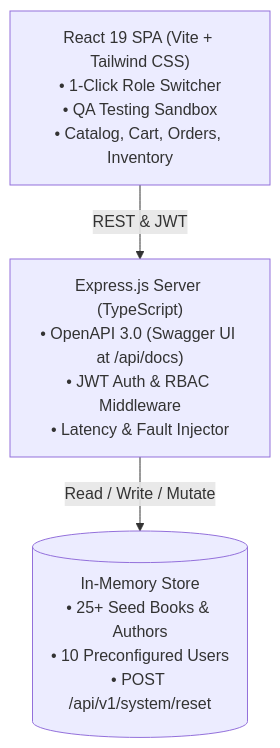
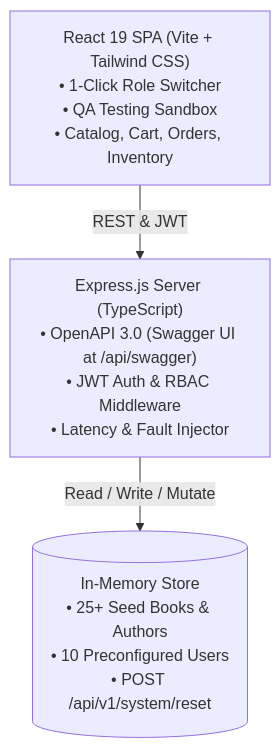
The diagram in README.md (itfreesource-academy/itfreesource-academy-book-store), drawn with Mermaid before and after one commit. The commit also changed other lines of this file and 3 other files, not shown here.

Commit message:
refactor(swagger): unify Swagger under /api/swagger with .json and .html options, redirect /api/docs

````diff
--- a/README.md
+++ b/README.md
@@ -21,9 +21,9 @@
 ```mermaid
 graph TD
     Client["React 19 SPA (Vite + Tailwind CSS)<br/>• 1-Click Role Switcher<br/>• QA Testing Sandbox<br/>• Catalog, Cart, Orders, Inventory"]
-    Server["Express.js Server (TypeScript)<br/>• OpenAPI 3.0 (Swagger UI at /api/docs)<br/>• JWT Auth & RBAC Middleware<br/>• Latency & Fault Injector"]
+    Server["Express.js Server (TypeScript)<br/>• OpenAPI 3.0 (Swagger UI at /api/swagger)<br/>• JWT Auth & RBAC Middleware<br/>• Latency & Fault Injector"]
     DB[("In-Memory Store<br/>• 25+ Seed Books & Authors<br/>• 10 Preconfigured Users<br/>• POST /api/v1/system/reset")]
 
     Client -->|REST & JWT| Server
     Server -->|Read / Write / Mutate| DB
 ```
````
